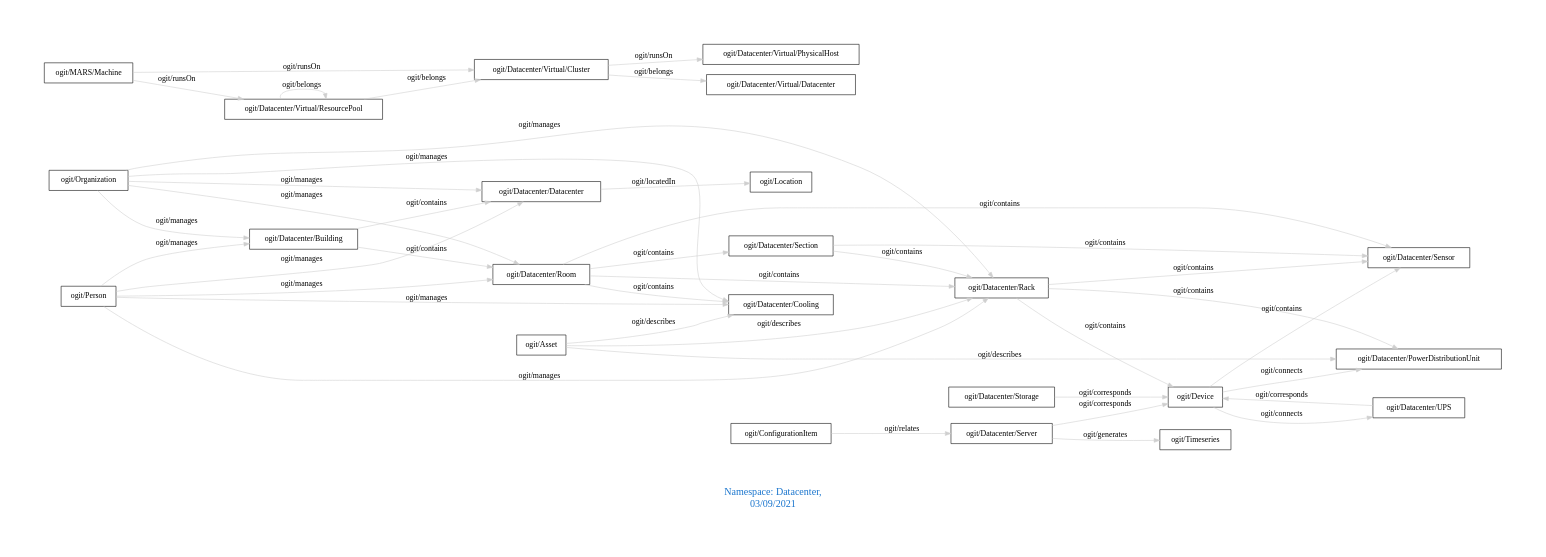
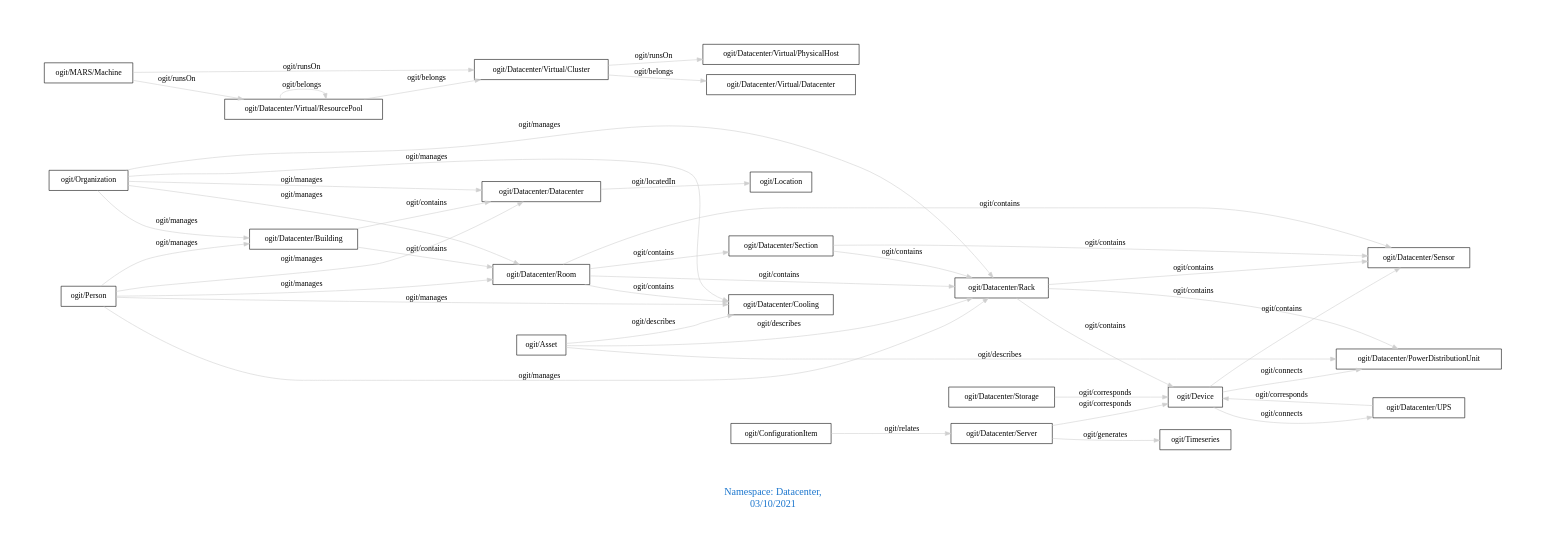
Before and after one commit to arago/OGIT: the diagram in downloads/Datacenter.dot, drawn with Graphviz. The commit also changed 1850 other files, not shown here.

```diff
--- a/downloads/Datacenter.dot
+++ b/downloads/Datacenter.dot
@@ -1,47 +1,47 @@
 digraph OGIT_ontology {
  graph [ rankdir= LR,pad=1 
 fontsize = 18,
-fontcolor= dodgerblue3,label = "\n\n\nNamespace: Datacenter, \n 03/09/2021"];
+fontcolor= dodgerblue3,label = "\n\n\nNamespace: Datacenter, \n 03/10/2021"];
 node[shape=polygon];
 edge [  color="gray81"];
 
    "ogit/Datacenter/Building" -> "ogit/Datacenter/Datacenter" [label="   ogit/contains    "];
    "ogit/Datacenter/Building" -> "ogit/Datacenter/Room" [label="   ogit/contains    "];
    "ogit/Datacenter/Rack" -> "ogit/Datacenter/Sensor" [label="   ogit/contains    "];
    "ogit/Datacenter/Rack" -> "ogit/Datacenter/PowerDistributionUnit" [label="   ogit/contains    "];
    "ogit/Datacenter/Rack" -> "ogit/Device" [label="   ogit/contains    "];
    "ogit/Datacenter/Room" -> "ogit/Datacenter/Rack" [label="   ogit/contains    "];
    "ogit/Datacenter/Room" -> "ogit/Datacenter/Cooling" [label="   ogit/contains    "];
    "ogit/Datacenter/Room" -> "ogit/Datacenter/Sensor" [label="   ogit/contains    "];
    "ogit/Datacenter/Room" -> "ogit/Datacenter/Section" [label="   ogit/contains    "];
    "ogit/Datacenter/Section" -> "ogit/Datacenter/Sensor" [label="   ogit/contains    "];
    "ogit/Datacenter/Section" -> "ogit/Datacenter/Rack" [label="   ogit/contains    "];
    "ogit/Device" -> "ogit/Datacenter/Sensor" [label="   ogit/contains    "];
    "ogit/Organization" -> "ogit/Datacenter/Room" [label="   ogit/manages    "];
    "ogit/Organization" -> "ogit/Datacenter/Rack" [label="   ogit/manages    "];
    "ogit/Organization" -> "ogit/Datacenter/Datacenter" [label="   ogit/manages    "];
    "ogit/Organization" -> "ogit/Datacenter/Cooling" [label="   ogit/manages    "];
    "ogit/Organization" -> "ogit/Datacenter/Building" [label="   ogit/manages    "];
    "ogit/Person" -> "ogit/Datacenter/Room" [label="   ogit/manages    "];
    "ogit/Person" -> "ogit/Datacenter/Rack" [label="   ogit/manages    "];
    "ogit/Person" -> "ogit/Datacenter/Datacenter" [label="   ogit/manages    "];
    "ogit/Person" -> "ogit/Datacenter/Cooling" [label="   ogit/manages    "];
    "ogit/Person" -> "ogit/Datacenter/Building" [label="   ogit/manages    "];
    "ogit/Datacenter/Virtual/Cluster" -> "ogit/Datacenter/Virtual/PhysicalHost" [label="   ogit/runsOn    "];
    "ogit/MARS/Machine" -> "ogit/Datacenter/Virtual/Cluster" [label="   ogit/runsOn    "];
    "ogit/MARS/Machine" -> "ogit/Datacenter/Virtual/ResourcePool" [label="   ogit/runsOn    "];
    "ogit/Datacenter/Server" -> "ogit/Timeseries" [label="   ogit/generates    "];
    "ogit/Asset" -> "ogit/Datacenter/Rack" [label="   ogit/describes    "];
    "ogit/Asset" -> "ogit/Datacenter/PowerDistributionUnit" [label="   ogit/describes    "];
    "ogit/Asset" -> "ogit/Datacenter/Cooling" [label="   ogit/describes    "];
    "ogit/Device" -> "ogit/Datacenter/PowerDistributionUnit" [label="   ogit/connects    "];
    "ogit/Device" -> "ogit/Datacenter/UPS" [label="   ogit/connects    "];
    "ogit/Datacenter/Datacenter" -> "ogit/Location" [label="   ogit/locatedIn    "];
    "ogit/Datacenter/Server" -> "ogit/Device" [label="   ogit/corresponds    "];
    "ogit/Datacenter/Storage" -> "ogit/Device" [label="   ogit/corresponds    "];
    "ogit/Datacenter/UPS" -> "ogit/Device" [label="   ogit/corresponds    "];
    "ogit/Datacenter/Virtual/Cluster" -> "ogit/Datacenter/Virtual/Datacenter" [label="   ogit/belongs    "];
    "ogit/Datacenter/Virtual/ResourcePool" -> "ogit/Datacenter/Virtual/Cluster" [label="   ogit/belongs    "];
    "ogit/ConfigurationItem" -> "ogit/Datacenter/Server" [label="   ogit/relates    "];
    "ogit/Datacenter/Virtual/ResourcePool" -> "ogit/Datacenter/Virtual/ResourcePool" [label="   ogit/belongs    "];
 }
```
